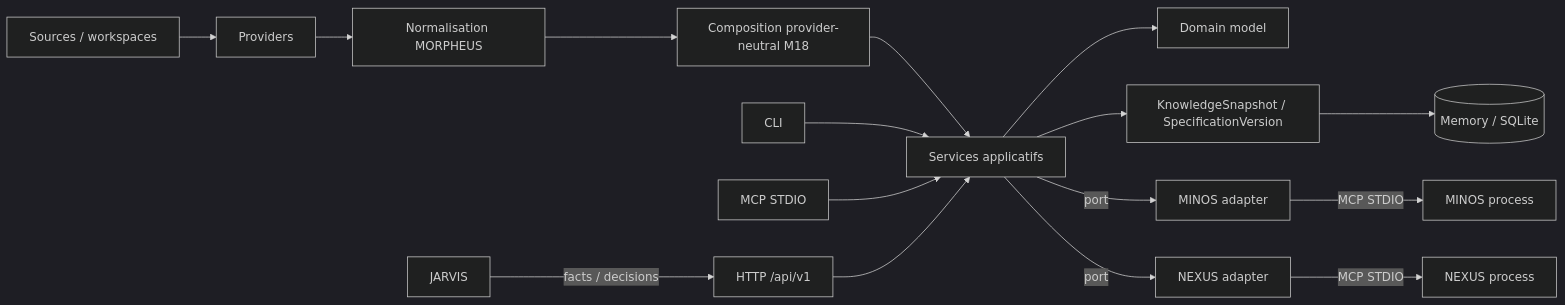
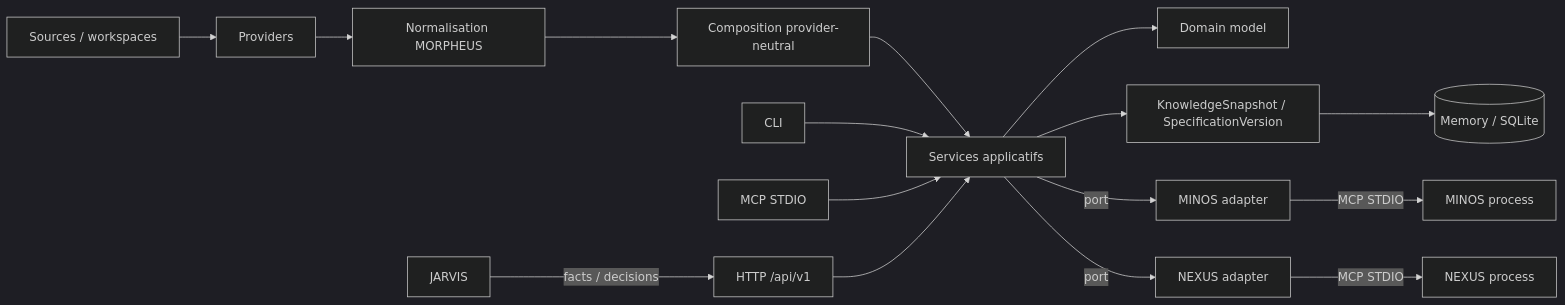
The first of 3 diagrams in docs/developer/ARCHITECTURE.md (FTurleque/morpheus-engine), drawn with Mermaid (dark theme) before and after one commit. The commit also changed other lines of this file, not shown here.

Commit message:
docs: align architecture guide with M20

````diff
--- a/docs/developer/ARCHITECTURE.md
+++ b/docs/developer/ARCHITECTURE.md
@@ -9,20 +9,20 @@
 ```mermaid
 flowchart LR
     SRC[Sources / workspaces] --> PROVIDERS[Providers]
     PROVIDERS --> NORM[Normalisation MORPHEUS]
-    NORM --> COMP[Composition provider-neutral M18]
+    NORM --> COMP[Composition provider-neutral]
     COMP --> APP[Services applicatifs]
     APP --> DOMAIN[Domain model]
     APP --> SNAP[KnowledgeSnapshot / SpecificationVersion]
     SNAP --> STORE[(Memory / SQLite)]
 
     CLI[CLI] --> APP
     MCP[MCP STDIO] --> APP
     API[HTTP /api/v1] --> APP
 
     APP -->|port| MINOS[MINOS adapter]
     APP -->|port| NEXUS[NEXUS adapter]
     MINOS -->|MCP STDIO| MINOSRT[MINOS process]
     NEXUS -->|MCP STDIO| NEXUSRT[NEXUS process]
     JARVIS[JARVIS] -->|facts / decisions| API
 ```
````
